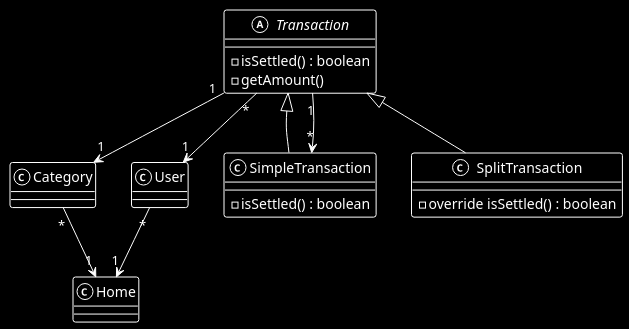
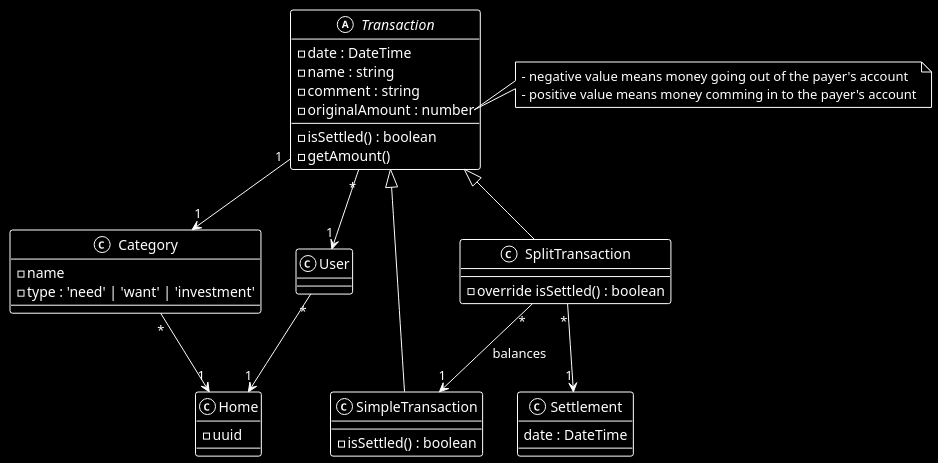
The diagram in doc/diagrams/model.puml (GabSabbath/sharebill), drawn with PlantUML before and after one commit. The commit also changed 2 other files, not shown here.

Commit message:
added settlement and more details

```diff
--- a/doc/diagrams/model.puml
+++ b/doc/diagrams/model.puml
@@ -1,30 +1,49 @@
 @startuml
 !theme mono
 skinparam monochrome reverse
 
-class Category 
+class Category {
+    - name 
+    - type : 'need' | 'want' | 'investment'
+}
 
-class Home
+class Home {
+    - uuid
+}
 
 class User 
 
 abstract class Transaction {
     - isSettled() : boolean
+    - date : DateTime
+    - name : string
+    - comment : string
+    - originalAmount : number
     - getAmount()
+}
+
+note right of Transaction::originalAmount {
+    - negative value means money going out of the payer's account
+    - positive value means money comming in to the payer's account
 }
 
 class SimpleTransaction extends Transaction {
     - isSettled() : boolean 
 }
 
 class SplitTransaction extends Transaction { 
     - override isSettled() : boolean 
 }
 
+class Settlement {
+    date : DateTime
+}
+
 Transaction "*" --> "1" User
 Transaction "1" --> "1" Category
 User "*" --> "1" Home
 Category "*" --> "1" Home
-Transaction "1" --> "*" SimpleTransaction
+SplitTransaction "*" --> "1" SimpleTransaction : balances
+SplitTransaction "*" --> "1" Settlement
 
 @enduml
```
